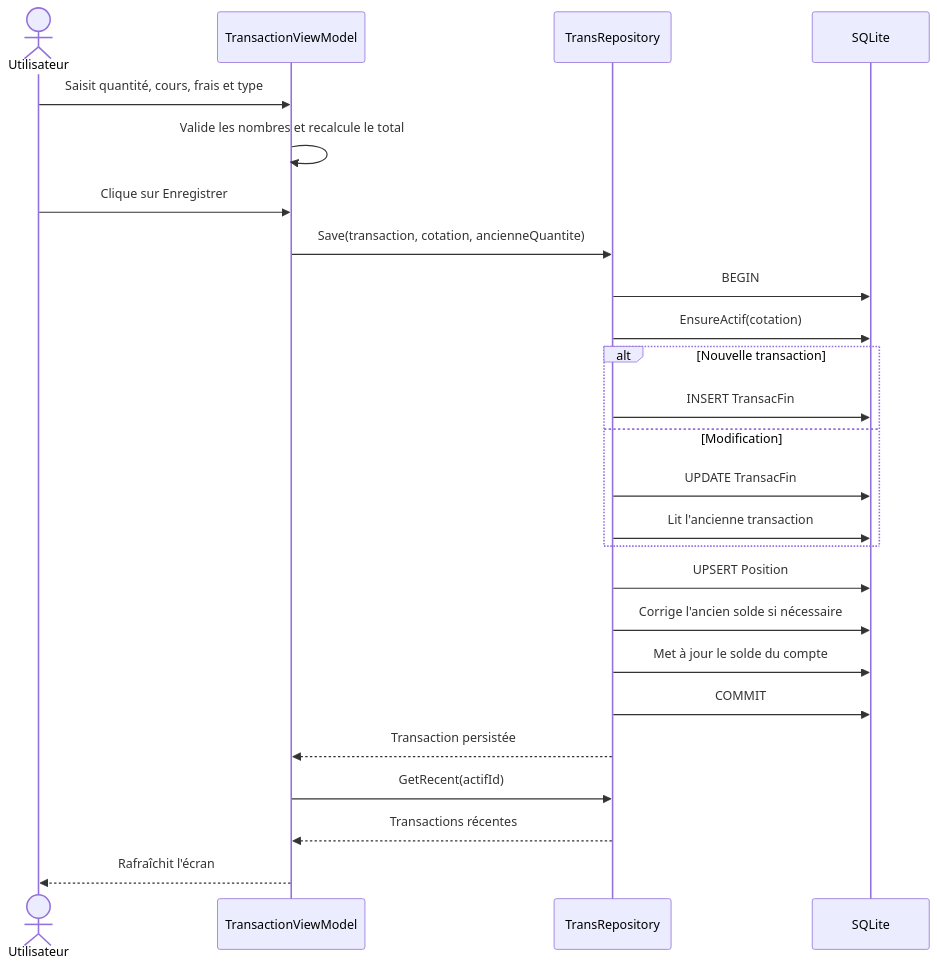
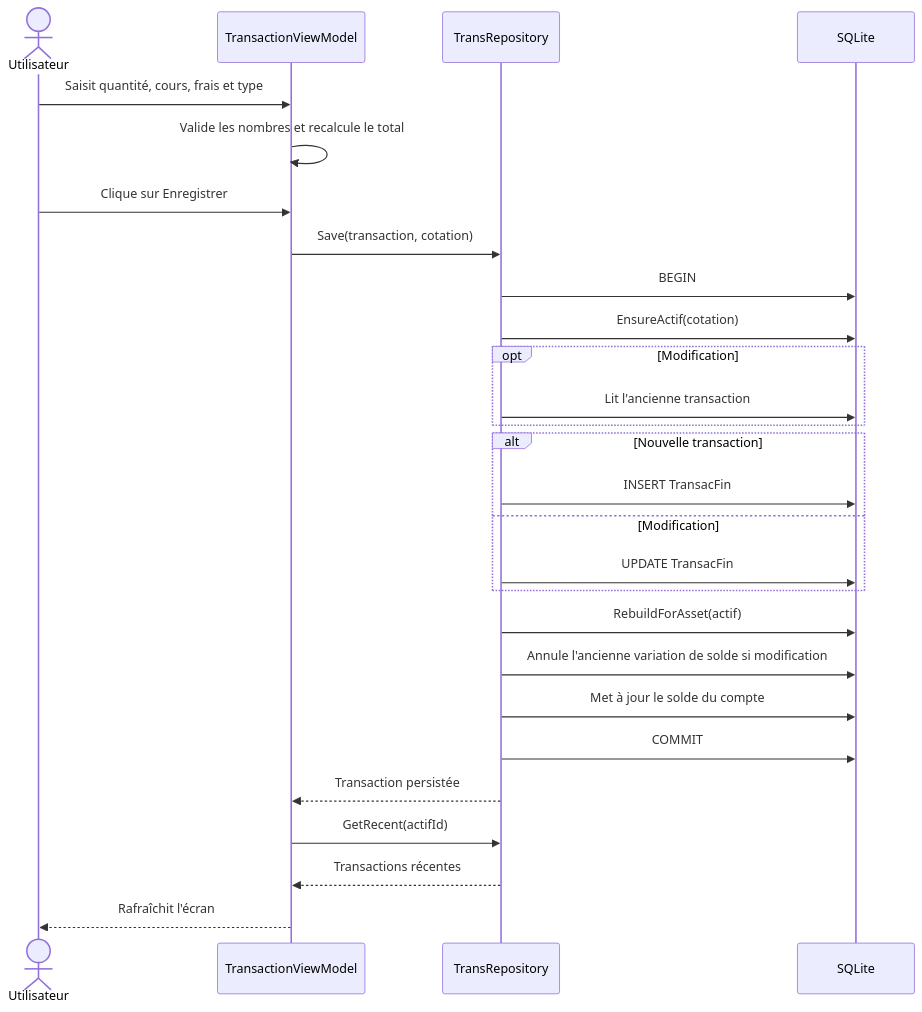
Before and after one commit to yves01250/DevAvecGithub: the fifth of 6 diagrams in Developpemnt/SuiviPortefolio/REVERSE_ENGINEERING.md, drawn with Mermaid. The commit also changed other lines of this file and 39 other files, not shown here.

````diff
--- a/Developpemnt/SuiviPortefolio/REVERSE_ENGINEERING.md
+++ b/Developpemnt/SuiviPortefolio/REVERSE_ENGINEERING.md
@@ -326,28 +433,30 @@
 ```mermaid
 sequenceDiagram
     actor Utilisateur
     participant VM as TransactionViewModel
     participant Repo as TransRepository
     participant DB as SQLite
 
     Utilisateur->>VM: Saisit quantité, cours, frais et type
     VM->>VM: Valide les nombres et recalcule le total
     Utilisateur->>VM: Clique sur Enregistrer
-    VM->>Repo: Save(transaction, cotation, ancienneQuantite)
+    VM->>Repo: Save(transaction, cotation)
     Repo->>DB: BEGIN
     Repo->>DB: EnsureActif(cotation)
+    opt Modification
+        Repo->>DB: Lit l'ancienne transaction
+    end
     alt Nouvelle transaction
         Repo->>DB: INSERT TransacFin
     else Modification
         Repo->>DB: UPDATE TransacFin
-        Repo->>DB: Lit l'ancienne transaction
     end
-    Repo->>DB: UPSERT Position
-    Repo->>DB: Corrige l'ancien solde si nécessaire
+    Repo->>DB: RebuildForAsset(actif)
+    Repo->>DB: Annule l'ancienne variation de solde si modification
     Repo->>DB: Met à jour le solde du compte
     Repo->>DB: COMMIT
     Repo-->>VM: Transaction persistée
     VM->>Repo: GetRecent(actifId)
     Repo-->>VM: Transactions récentes
     VM-->>Utilisateur: Rafraîchit l'écran
 ```
````
